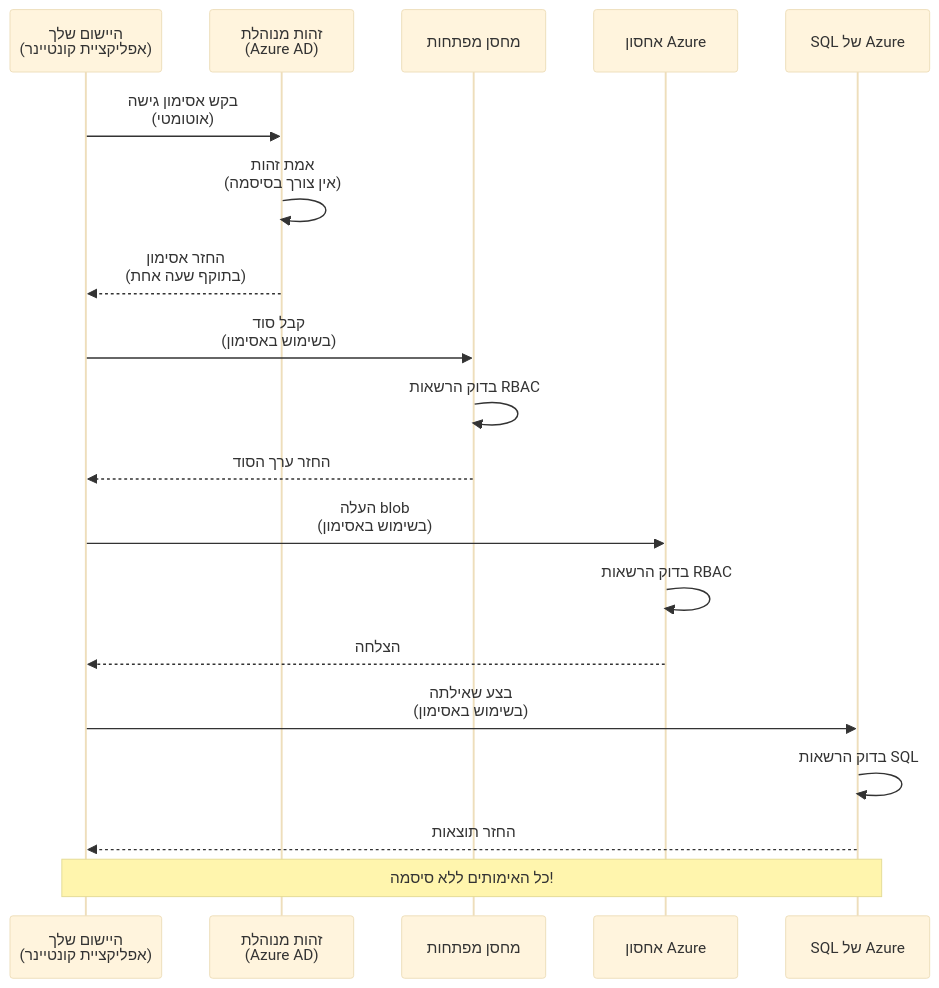
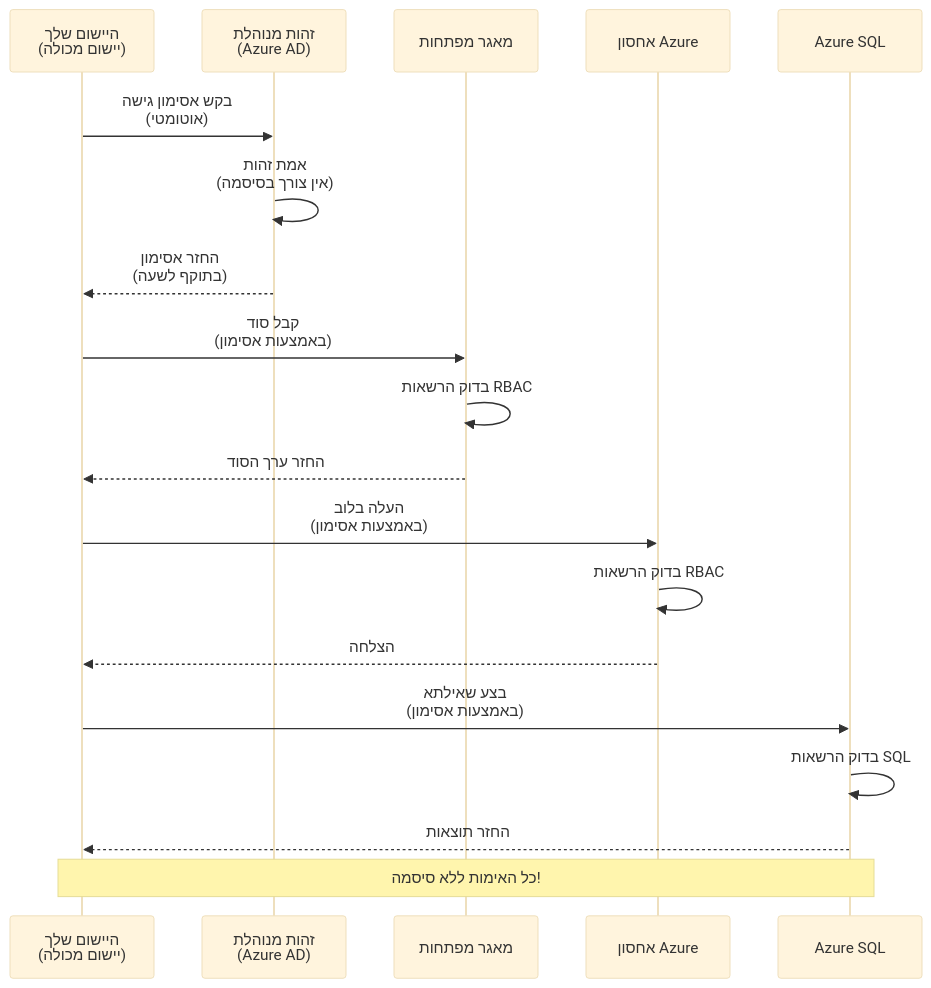
The first of 2 diagrams in translations/he/docs/chapter-03-configuration/authsecurity.md (microsoft/AZD-for-beginners), drawn with Mermaid (base theme) before and after one commit. The commit also changed other lines of this file and 101 other files, not shown here.

````diff
--- a/translations/he/docs/chapter-03-configuration/authsecurity.md
+++ b/translations/he/docs/chapter-03-configuration/authsecurity.md
@@ -69,26 +69,26 @@
 ```mermaid
 sequenceDiagram
-    participant App as היישום שלך<br/>(אפליקציית קונטיינר)
+    participant App as היישום שלך<br/>(יישום מכולה)
     participant MI as זהות מנוהלת<br/>(Azure AD)
-    participant KV as מחסן מפתחות
+    participant KV as מאגר מפתחות
     participant Storage as אחסון Azure
-    participant DB as SQL של Azure
+    participant DB as Azure SQL
     
     App->>MI: בקש אסימון גישה<br/>(אוטומטי)
     MI->>MI: אמת זהות<br/>(אין צורך בסיסמה)
-    MI-->>App: החזר אסימון<br/>(בתוקף שעה אחת)
+    MI-->>App: החזר אסימון<br/>(בתוקף לשעה)
     
-    App->>KV: קבל סוד<br/>(בשימוש באסימון)
+    App->>KV: קבל סוד<br/>(באמצעות אסימון)
     KV->>KV: בדוק הרשאות RBAC
     KV-->>App: החזר ערך הסוד
     
-    App->>Storage: העלה blob<br/>(בשימוש באסימון)
+    App->>Storage: העלה בלוב<br/>(באמצעות אסימון)
     Storage->>Storage: בדוק הרשאות RBAC
     Storage-->>App: הצלחה
     
-    App->>DB: בצע שאילתה<br/>(בשימוש באסימון)
+    App->>DB: בצע שאילתא<br/>(באמצעות אסימון)
     DB->>DB: בדוק הרשאות SQL
     DB-->>App: החזר תוצאות
     
-    Note over App,DB: כל האימותים ללא סיסמה!
+    Note over App,DB: כל האימות ללא סיסמה!
 ```
````
